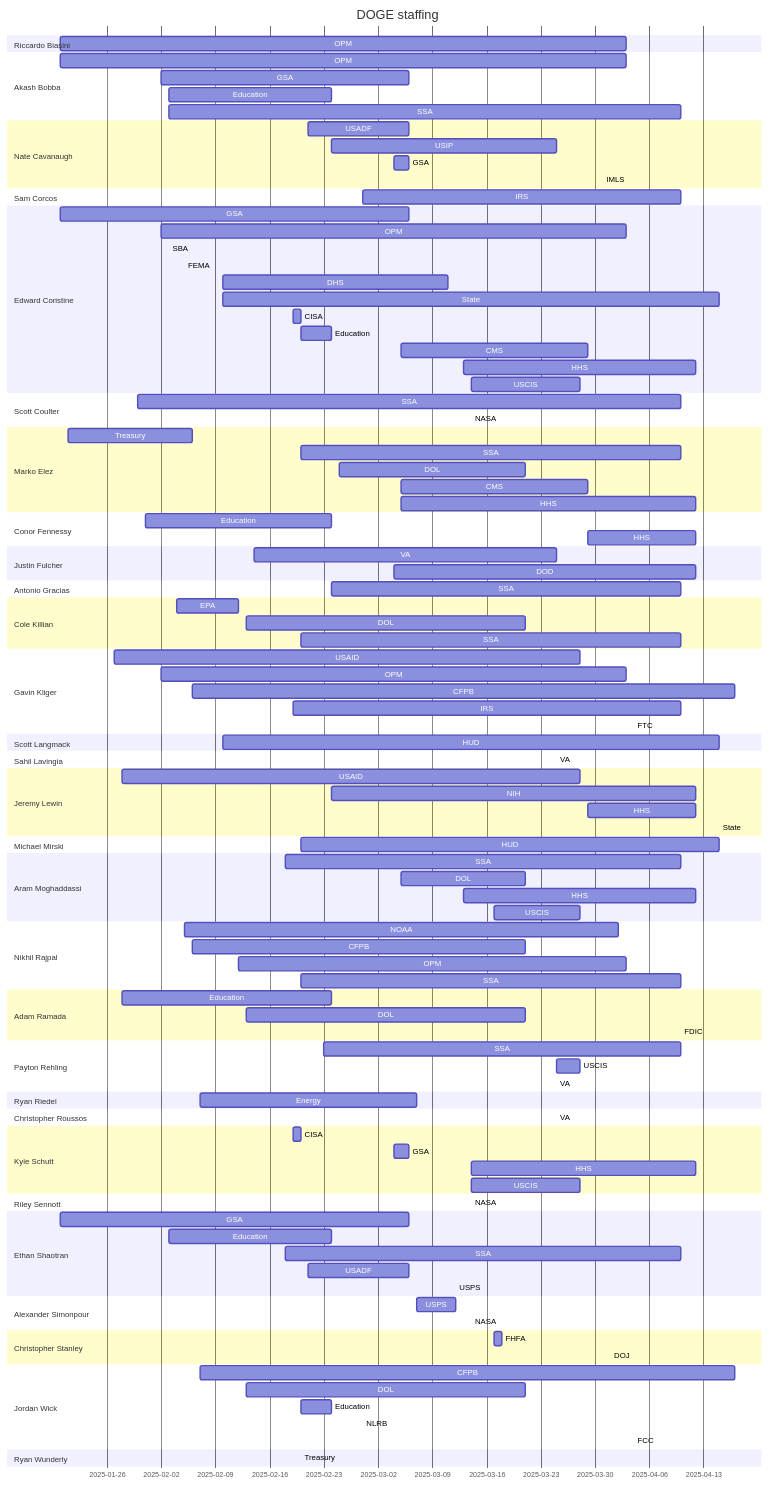
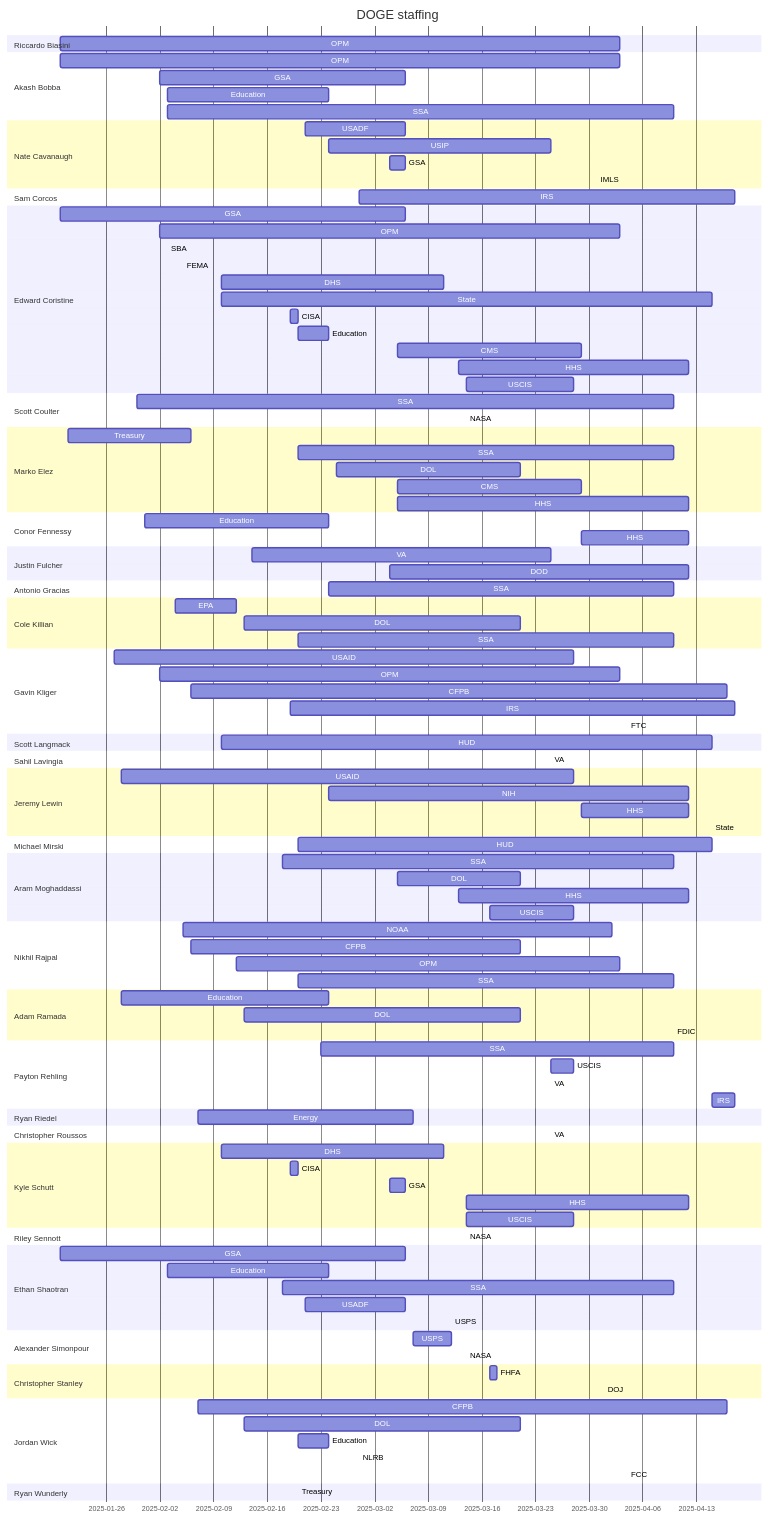
One commit to harrisj/trump_data changed the diagram in it_modernization/staffing_chart.md. Above: the diagram before and after it, drawn with Mermaid. The commit also changed 12 other files, not shown here.

```diff
--- a/it_modernization/staffing_chart.md
+++ b/it_modernization/staffing_chart.md
@@ -16,7 +16,7 @@
         GSA : 2025-03-04, 2025-03-06
         IMLS : 2025-03-31, 2025-03-31
     section Sam Corcos
-        IRS : 2025-02-28, 2025-04-10
+        IRS : 2025-02-28, 2025-04-18
     section Edward Coristine
         GSA : 2025-01-20, 2025-03-06
         OPM : 2025-02-02, 2025-04-03
@@ -54,7 +54,7 @@
         USAID : 2025-01-27, 2025-03-28
         OPM : 2025-02-02, 2025-04-03
         CFPB : 2025-02-06, 2025-04-17
-        IRS : 2025-02-19, 2025-04-10
+        IRS : 2025-02-19, 2025-04-18
         FTC : 2025-04-04, 2025-04-04
     section Scott Langmack
         HUD : 2025-02-10, 2025-04-15
@@ -85,11 +85,13 @@
         SSA : 2025-02-23, 2025-04-10
         USCIS : 2025-03-25, 2025-03-28
         VA : 2025-03-25, 2025-03-25
+        IRS : 2025-04-15, 2025-04-18
     section Ryan Riedel
         Energy : 2025-02-07, 2025-03-07
     section Christopher Roussos
         VA : 2025-03-25, 2025-03-25
     section Kyle Schutt
+        DHS : 2025-02-10, 2025-03-11
         CISA : 2025-02-19, 2025-02-20
         GSA : 2025-03-04, 2025-03-06
         HHS : 2025-03-14, 2025-04-12
```
